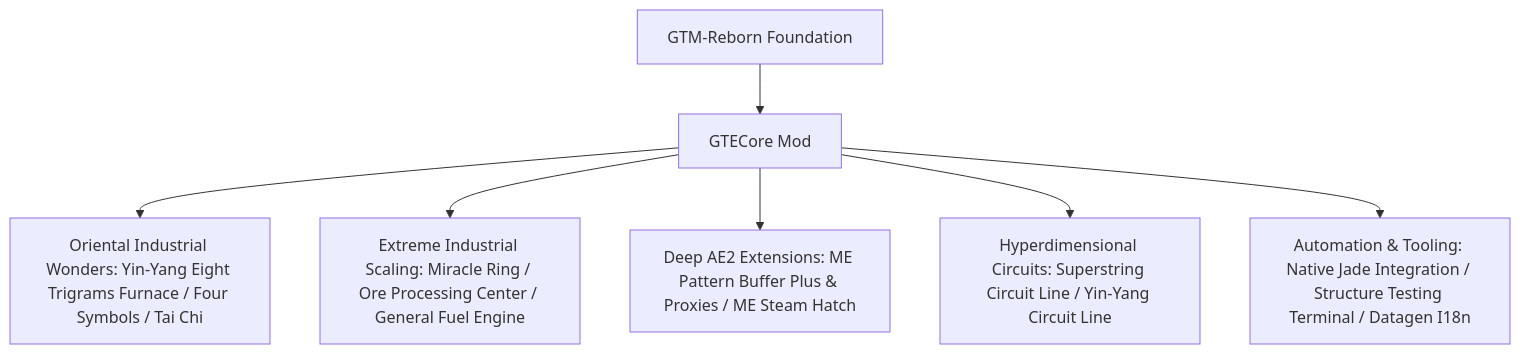
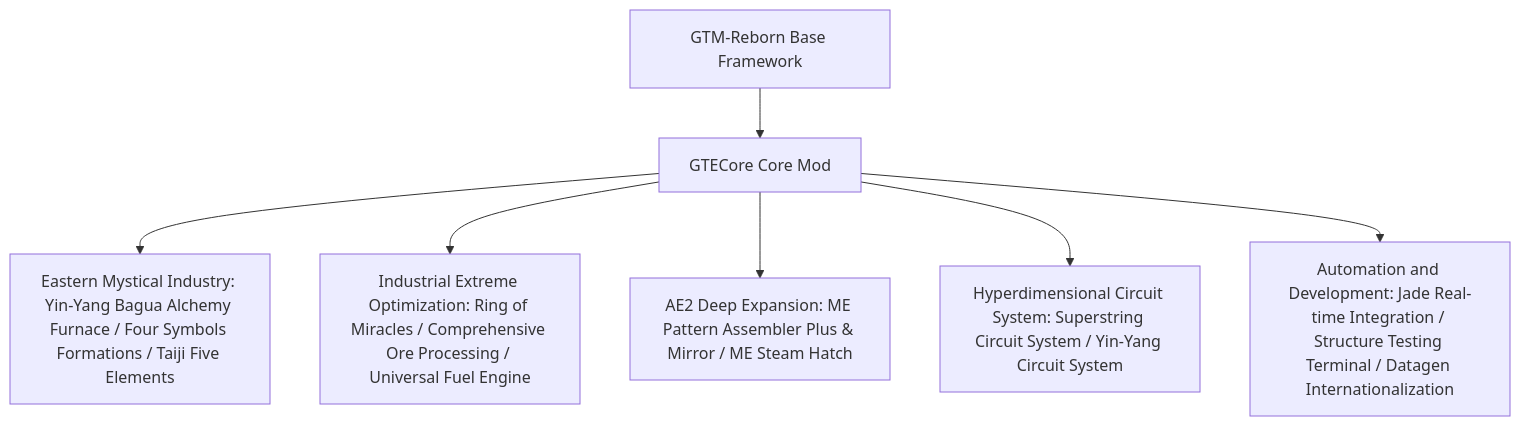
One commit to takanashisatou/GregtechEasy changed the diagram in docs/en/gtecore/overview.md. Above: the diagram before and after it, drawn with Mermaid. The commit also changed other lines of this file and 162 other files, not shown here.

````diff
--- a/docs/en/gtecore/overview.md
+++ b/docs/en/gtecore/overview.md
@@ -9,9 +9,9 @@
 ```mermaid
 graph TD
-    A[GTM-Reborn Foundation] --> B[GTECore Mod]
-    B --> C[Oriental Industrial Wonders: Yin-Yang Eight Trigrams Furnace / Four Symbols / Tai Chi]
-    B --> D[Extreme Industrial Scaling: Miracle Ring / Ore Processing Center / General Fuel Engine]
-    B --> E[Deep AE2 Extensions: ME Pattern Buffer Plus & Proxies / ME Steam Hatch]
-    B --> F[Hyperdimensional Circuits: Superstring Circuit Line / Yin-Yang Circuit Line]
-    B --> G[Automation & Tooling: Native Jade Integration / Structure Testing Terminal / Datagen I18n]
+    A[GTM-Reborn Base Framework] --> B[GTECore Core Mod]
+    B --> C[Eastern Mystical Industry: Yin-Yang Bagua Alchemy Furnace / Four Symbols Formations / Taiji Five Elements]
+    B --> D[Industrial Extreme Optimization: Ring of Miracles / Comprehensive Ore Processing / Universal Fuel Engine]
+    B --> E[AE2 Deep Expansion: ME Pattern Assembler Plus & Mirror / ME Steam Hatch]
+    B --> F[Hyperdimensional Circuit System: Superstring Circuit System / Yin-Yang Circuit System]
+    B --> G[Automation and Development: Jade Real-time Integration / Structure Testing Terminal / Datagen Internationalization]
 ```
````
